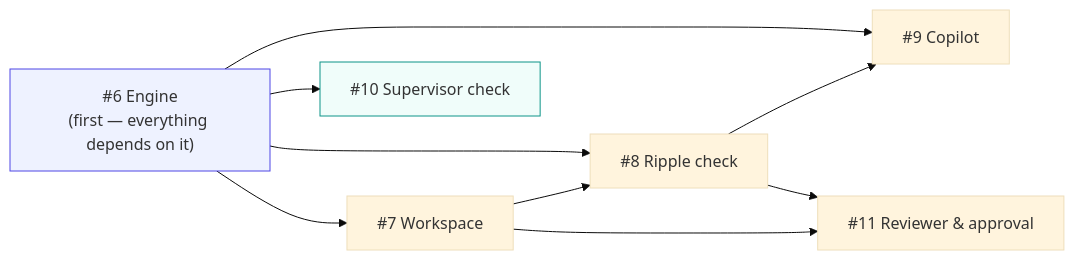
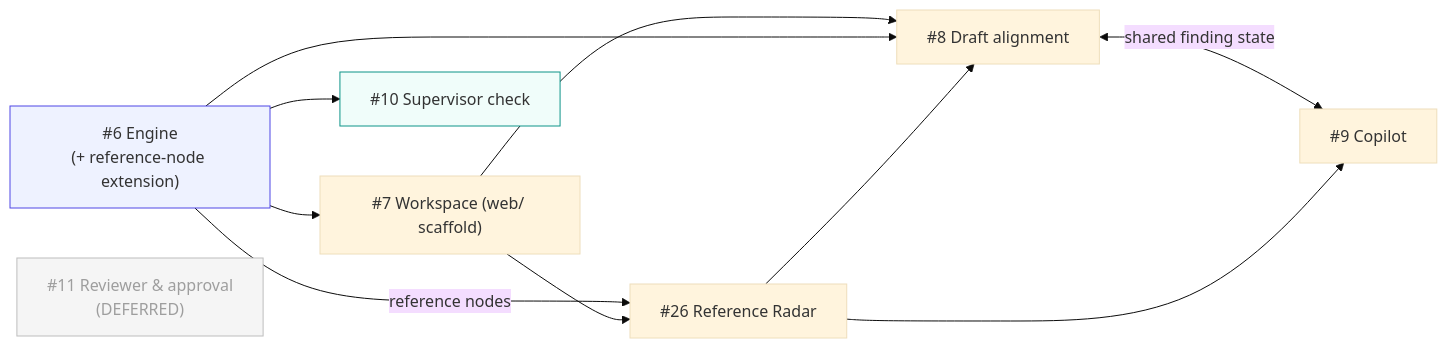
One commit to dzaffren/copa-hackathon changed the second of 5 diagrams in docs/specs/rulebook-radar/architecture.md. Above: the diagram before and after it, drawn with Mermaid (base theme). The commit also changed other lines of this file and 12 other files, not shown here.

First line of the commit message:
docs(rulebook-radar): re-issue drafter specs for the single-draft pivot

````diff
--- a/docs/specs/rulebook-radar/architecture.md
+++ b/docs/specs/rulebook-radar/architecture.md
@@ -82,21 +99,24 @@
 ```mermaid
 flowchart LR
-    E["#6 Engine<br/>(first — everything depends on it)"]
-    WS["#7 Workspace"]
-    RIP["#8 Ripple check"]
+    E["#6 Engine<br/>(+ reference-node extension)"]
+    WS["#7 Workspace (web/ scaffold)"]
+    RAD["#26 Reference Radar"]
+    ALN["#8 Draft alignment"]
     COP["#9 Copilot"]
     SUP["#10 Supervisor check"]
-    REV["#11 Reviewer & approval"]
+    REV["#11 Reviewer & approval<br/>(DEFERRED)"]
 
     E --> WS
     E --> SUP
-    WS --> RIP
-    E --> RIP
-    RIP --> COP
-    E --> COP
-    WS --> REV
-    RIP --> REV
+    E -->|reference nodes| RAD
+    WS --> RAD
+    WS --> ALN
+    E --> ALN
+    RAD --> ALN
+    ALN <-->|shared finding state| COP
+    RAD --> COP
 
     style E fill:#eef2ff,stroke:#4f46e5
     style SUP fill:#f0fdfa,stroke:#0d9488
+    style REV fill:#f5f5f5,stroke:#bdbdbd,color:#9e9e9e
 ```
````
